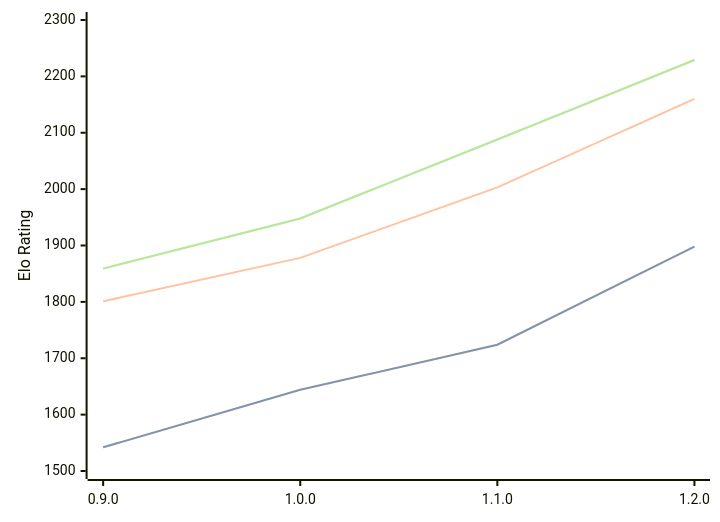
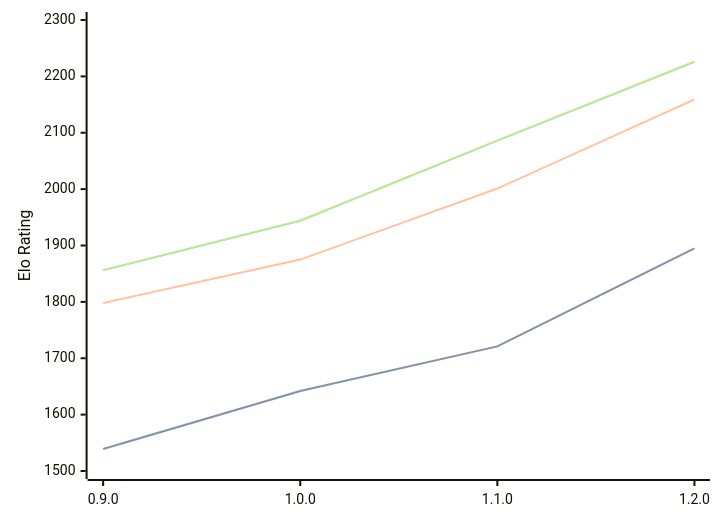
Before and after one commit to computer-chess-index/cci: the diagram in engines/Ratsu.md, drawn with Mermaid. The commit also changed other lines of this file, not shown here.

Commit message:
Update CCI Ratings (ELO VLTC) - 2026-06-08

````diff
--- a/engines/Ratsu.md
+++ b/engines/Ratsu.md
@@ -35,11 +35,11 @@
 ```mermaid
 %%{init: {"theme":"base","themeVariables":{"seriesColors:['#a3a3a3','#222221','#faa371']}}}%%
 xychart-beta
   x-axis ["0.9.0", "1.0.0", "1.1.0", "1.2.0"]
   y-axis "Elo Rating" 1500 --> 2300
-  line "STC (8.0+0.08s)" [1542, 1644, 1724, 1898]
-  line "STC (8.0+0.08s)" [1542, 1644, 1724, 1898]
-  line "LTC (60.0+0.60s)" [1801, 1878, 2003, 2160]
-  line "VLTC (2m24s+1.12s)" [1859, 1948, 2088, 2229]
-  line "VLTC (2m24s+1.12s)" [1859, 1948, 2088, 2229]
+  line "STC (8.0+0.08s)" [1539, 1642, 1721, 1895]
+  line "STC (8.0+0.08s)" [1539, 1642, 1721, 1895]
+  line "LTC (60.0+0.60s)" [1798, 1875, 2001, 2159]
+  line "VLTC (2m24s+1.12s)" [1856, 1944, 2086, 2226]
+  line "VLTC (2m24s+1.12s)" [1856, 1944, 2086, 2226]
 ```
````
